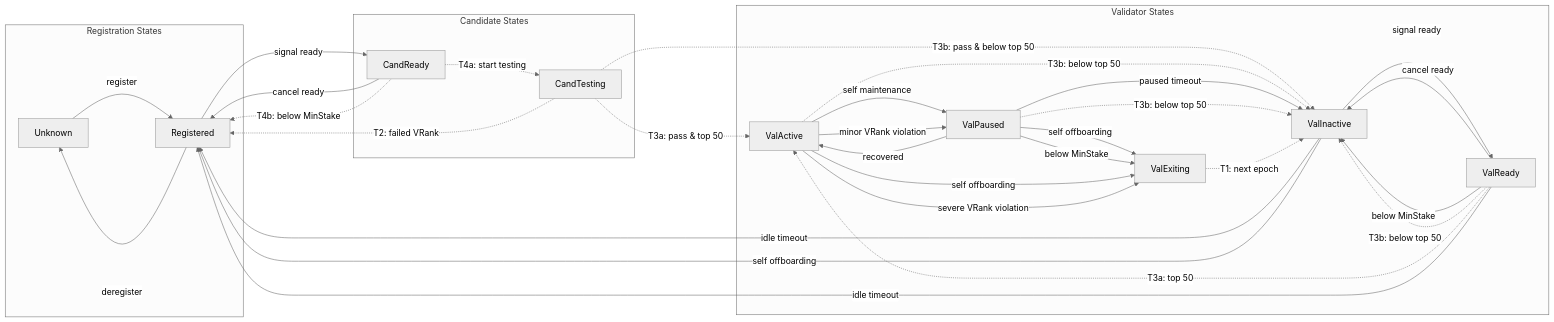
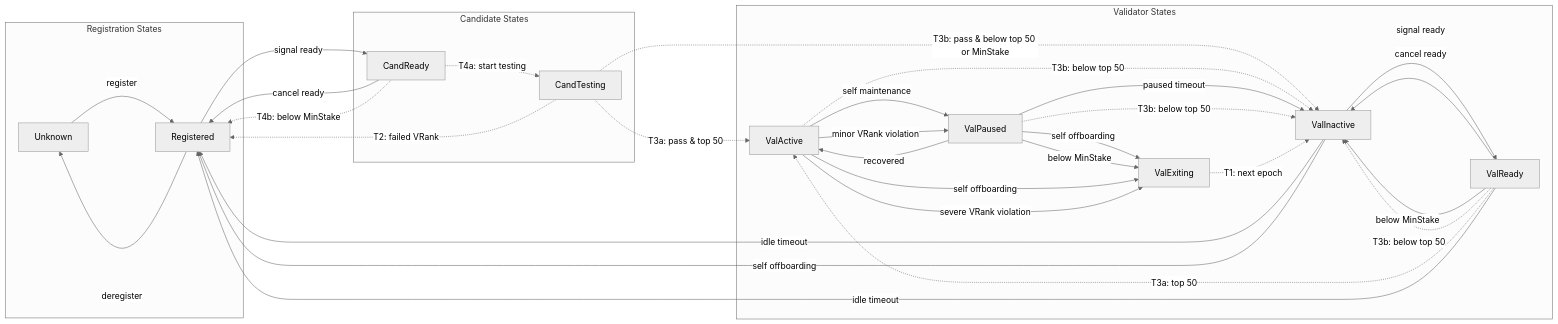
The diagram in KIPs/kip-286.md (kaiachain/kips), drawn with Mermaid (neutral theme) before and after one commit. The commit also changed other lines of this file, not shown here.

Commit message:
kip-286: passing VRank below MinStake leads to ValInactive
The table lists what happens to a candidate that passes the VRank test
and is in or out of the top 50, but a candidate whose stake fell below
MinStake during testing competes for nothing: the client demotes it to
ValInactive at the epoch and arms its idle deadline. Add the row so the
outcome is not left to inference from the top-50 rows.

````diff
--- a/KIPs/kip-286.md
+++ b/KIPs/kip-286.md
@@ -384,58 +385,58 @@
 ```mermaid
 flowchart LR
     subgraph Registration["Registration States"]
         Unknown
         Registered
     end
 
     subgraph Candidates["Candidate States"]
         CandReady
         CandTesting
     end
 
     subgraph Validators["Validator States"]
         ValInactive
         ValReady
         ValActive
         ValPaused
         ValExiting
     end
 
     %% Registration & Deregistration
     Unknown -->|"register"| Registered
     Registered -->|"deregister"| Unknown
 
     %% Candidate Lifecycle
     Registered -->|"signal ready"| CandReady
     CandReady -->|"cancel ready"| Registered
     CandReady -.->|"T4a: start testing"| CandTesting
     CandReady -.->|"T4b: below MinStake"| Registered
     CandTesting -.->|"T2: failed VRank"| Registered
     CandTesting -.->|"T3a: pass & top 50"| ValActive
-    CandTesting -.->|"T3b: pass & below top 50"| ValInactive
+    CandTesting -.->|"T3b: pass & below top 50 or MinStake"| ValInactive
 
     %% Validator Active Set
     ValActive -.->|"T3b: below top 50"| ValInactive
     ValInactive -->|"signal ready"| ValReady
     ValReady -->|"cancel ready"| ValInactive
     ValReady -->|"below MinStake"| ValInactive
     ValReady -.->|"T3b: below top 50"| ValInactive
     ValReady -.->|"T3a: top 50"| ValActive
 
     %% Maintenance & Recovery
     ValActive -->|"self maintenance"| ValPaused
     ValActive -->|"minor VRank violation"| ValPaused
     ValPaused -->|"recovered"| ValActive
     ValPaused -->|"paused timeout"| ValInactive
     ValPaused -.->|"T3b: below top 50"| ValInactive
 
     %% Exit & Offboarding
     ValPaused -->|"self offboarding"| ValExiting
     ValPaused -->|"below MinStake"| ValExiting
     ValActive -->|"self offboarding"| ValExiting
     ValActive -->|"severe VRank violation"| ValExiting
     ValExiting -.->|"T1: next epoch"| ValInactive
     ValReady -->|"idle timeout"| Registered
     ValInactive -->|"idle timeout"| Registered
     ValInactive -->|"self offboarding"| Registered
 ```
````
